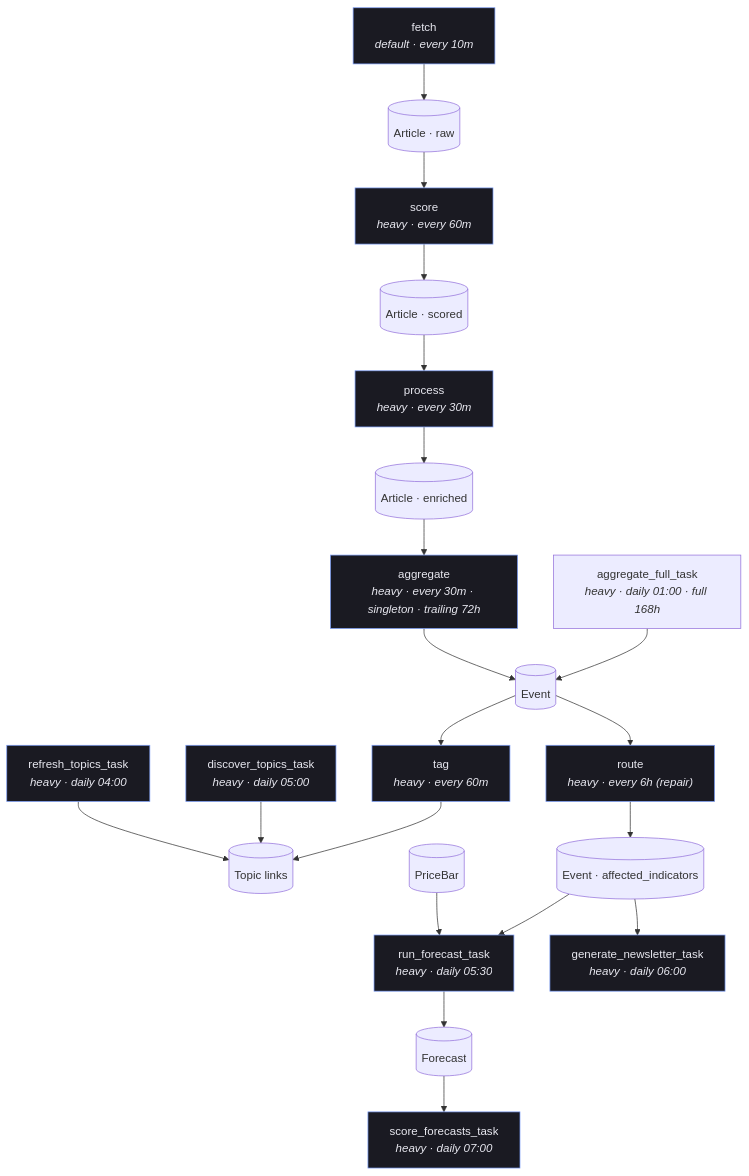
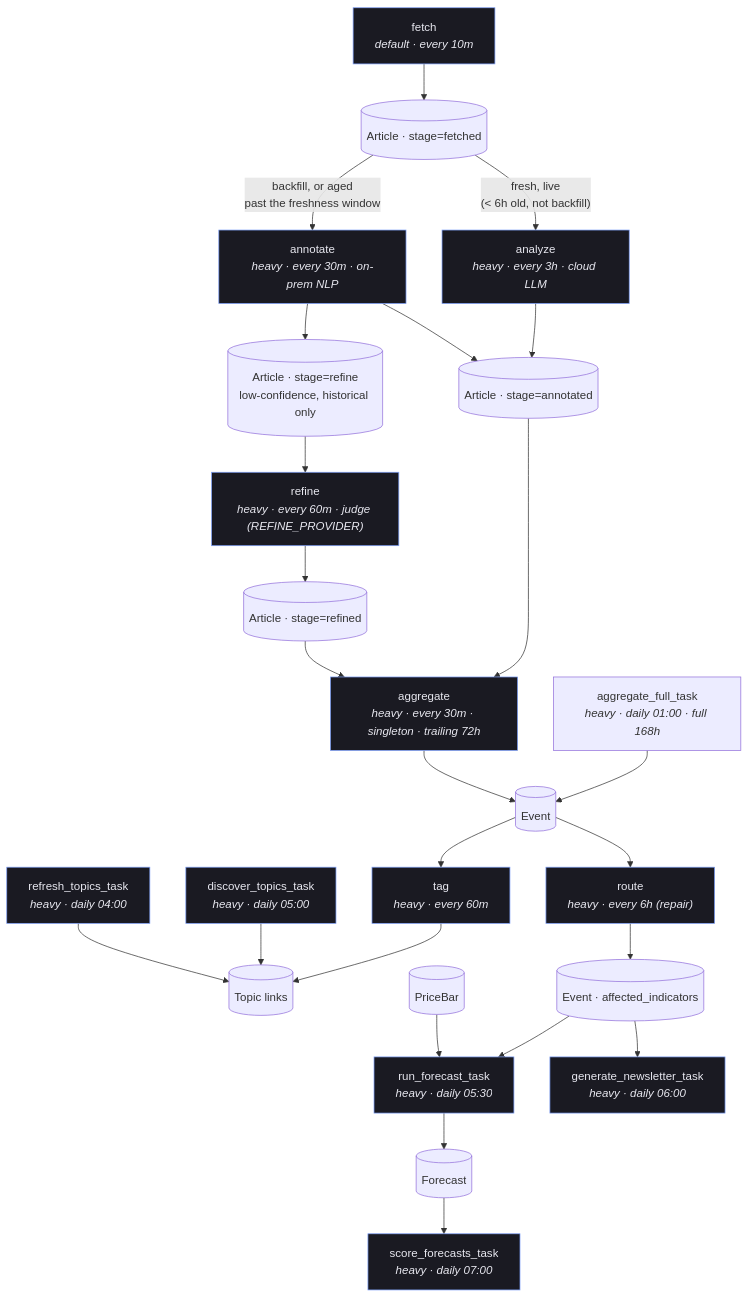
One commit to jameelhamdan/event-horizon changed the first of 2 diagrams in docs/pipeline.md. Above: the diagram before and after it, drawn with Mermaid. The commit also changed other lines of this file and 49 other files, not shown here.

First line of the commit message:
pipeline: split live/historical analysis, add refine re-run + provider tracking (v2.36.0)

````diff
--- a/docs/pipeline.md
+++ b/docs/pipeline.md
@@ -31,25 +33,29 @@
 ```mermaid
 flowchart TD
-    F["fetch<br/><i>default · every 10m</i>"] --> A0[(Article · raw)]
-    A0 --> SC["score<br/><i>heavy · every 60m</i>"]
-    SC --> A1[(Article · scored)]
-    A1 --> P["process<br/><i>heavy · every 30m</i>"]
-    P --> A2[(Article · enriched)]
-    A2 --> AG["aggregate<br/><i>heavy · every 30m · singleton · trailing 72h</i>"]
+    F["fetch<br/><i>default · every 10m</i>"] --> A0[(Article · stage=fetched)]
+    A0 -->|"fresh, live<br/>(&lt; 6h old, not backfill)"| AZ["analyze<br/><i>heavy · every 3h · cloud LLM</i>"]
+    A0 -->|"backfill, or aged<br/>past the freshness window"| AN["annotate<br/><i>heavy · every 30m · on-prem NLP</i>"]
+    AZ --> A1[(Article · stage=annotated)]
+    AN --> A1
+    AN --> A1R[(Article · stage=refine<br/>low-confidence, historical only)]
+    A1R --> RJ["refine<br/><i>heavy · every 60m · judge (REFINE_PROVIDER)</i>"]
+    RJ --> A2[(Article · stage=refined)]
+    A1 --> AG["aggregate<br/><i>heavy · every 30m · singleton · trailing 72h</i>"]
+    A2 --> AG
     AF["aggregate_full_task<br/><i>heavy · daily 01:00 · full 168h</i>"] --> E
     AG --> E[(Event)]
     E --> T["tag<br/><i>heavy · every 60m</i>"]
     E --> RE["route<br/><i>heavy · every 6h (repair)</i>"]
     T --> TL[(Topic links)]
     RE --> EI[(Event · affected_indicators)]
     DT["discover_topics_task<br/><i>heavy · daily 05:00</i>"] --> TL
     RT["refresh_topics_task<br/><i>heavy · daily 04:00</i>"] --> TL
     EI --> RF["run_forecast_task<br/><i>heavy · daily 05:30</i>"]
     PB[(PriceBar)] --> RF
     RF --> FC[(Forecast)]
     FC --> SF["score_forecasts_task<br/><i>heavy · daily 07:00</i>"]
     EI --> GN["generate_newsletter_task<br/><i>heavy · daily 06:00</i>"]
 
     classDef q fill:#1a1a22,stroke:#7c9ef8,color:#e8e8f0;
-    class F,SC,P,GC,AG,T,RE,DT,RT,RF,SF,GN q;
+    class F,AZ,AN,RJ,AG,T,RE,DT,RT,RF,SF,GN q;
 ```
````
